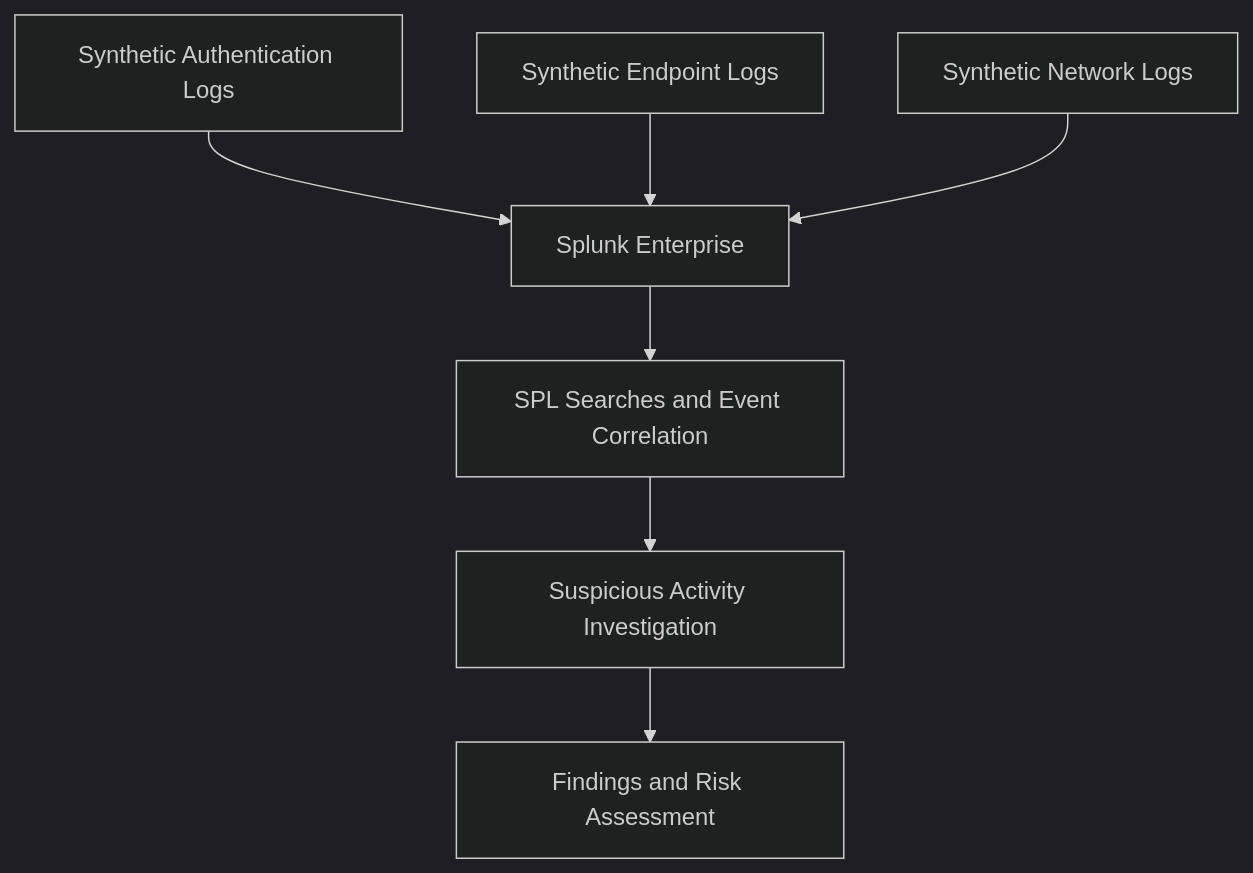
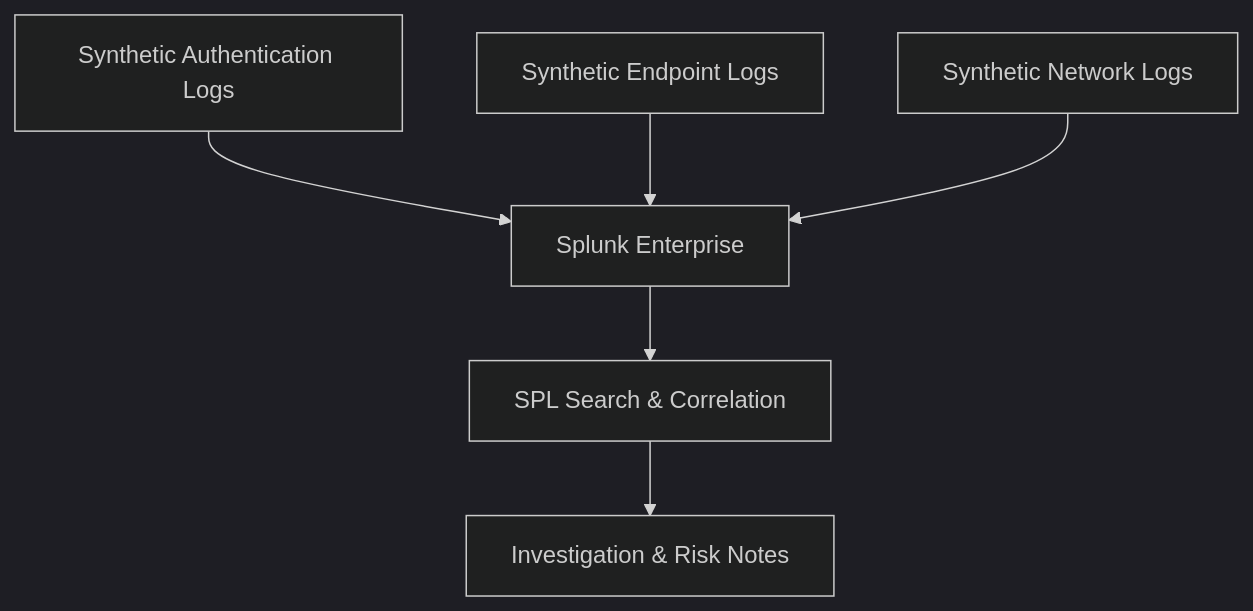
The second of 2 diagrams in 01-soc-threat-detection/README.md (DevaR36/Cybersecurity-portfolio), drawn with Mermaid (dark theme) before and after one commit. The commit also changed other lines of this file and 9 other files, not shown here.

````diff
--- a/01-soc-threat-detection/README.md
+++ b/01-soc-threat-detection/README.md
@@ -88,9 +74,8 @@
 ```mermaid
 flowchart TD
-    A["Synthetic Authentication Logs"] --> D["Splunk Enterprise"]
-    B["Synthetic Endpoint Logs"] --> D
-    C["Synthetic Network Logs"] --> D
-    D --> E["SPL Searches and Event Correlation"]
-    E --> F["Suspicious Activity Investigation"]
-    F --> G["Findings and Risk Assessment"]
+    A["Synthetic Authentication Logs"] --> S["Splunk Enterprise"]
+    B["Synthetic Endpoint Logs"] --> S
+    C["Synthetic Network Logs"] --> S
+    S --> Q["SPL Search & Correlation"]
+    Q --> I["Investigation & Risk Notes"]
 ```
````
